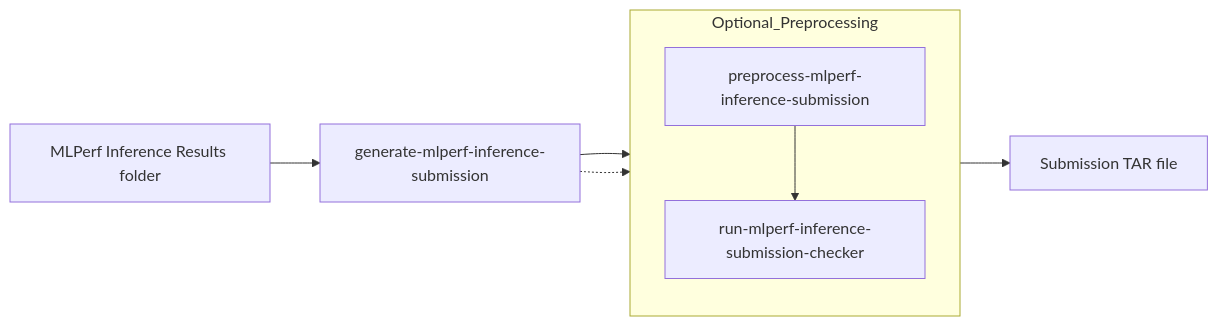
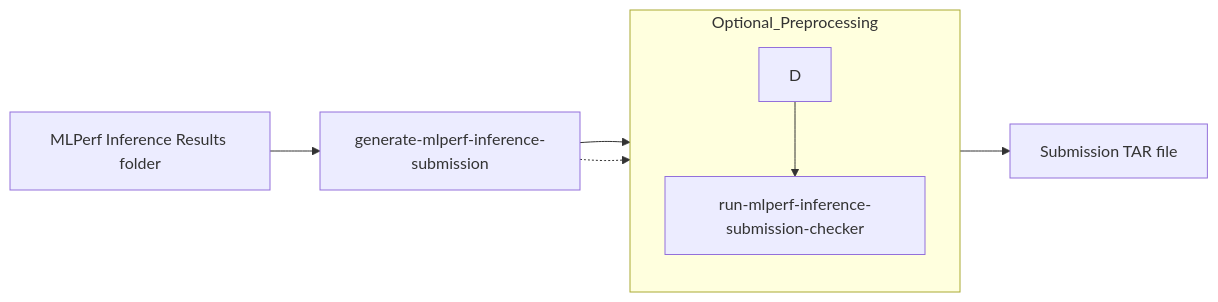
The second of 2 diagrams in docs/submission/index.md (GATEOverflow/inference), drawn with Mermaid before and after one commit.

````diff
--- a/docs/submission/index.md
+++ b/docs/submission/index.md
@@ -24,16 +24,16 @@
 ```mermaid
 flowchart LR
     %% Main flow (Left to Right)
     A[MLPerf Inference Results folder] --> B[generate-mlperf-inference-submission]
     B --> C[run-mlperf-inference-submission-checker]
     C --> E[Submission TAR file]
 
     %% Subgraph for preprocess (Top to Down)
     subgraph Optional_Preprocessing
         direction TD
-        D[preprocess-mlperf-inference-submission] --> C
+        D --> C
     end
 
     %% Dashed line to connect preprocess node
     B -.-> D
 ```
````
